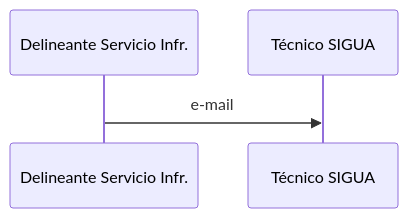
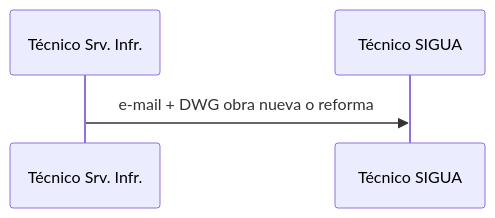
Before and after one commit to labgeo/ua-mods: the diagram in v-cad-get.md, drawn with Mermaid.

```diff
--- a/v-cad-get.md
+++ b/v-cad-get.md
@@ -4,4 +4,4 @@
 {% mermaid %}
 sequenceDiagram;
-  Delineante Servicio Infr.->>Técnico SIGUA: e-mail;
+  Técnico Srv. Infr.->>Técnico SIGUA: e-mail + DWG obra nueva o reforma;
 {% endmermaid %}
```
